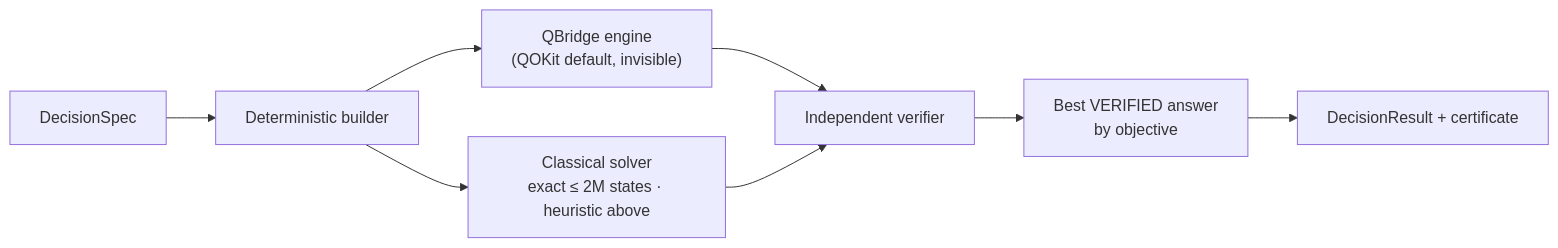
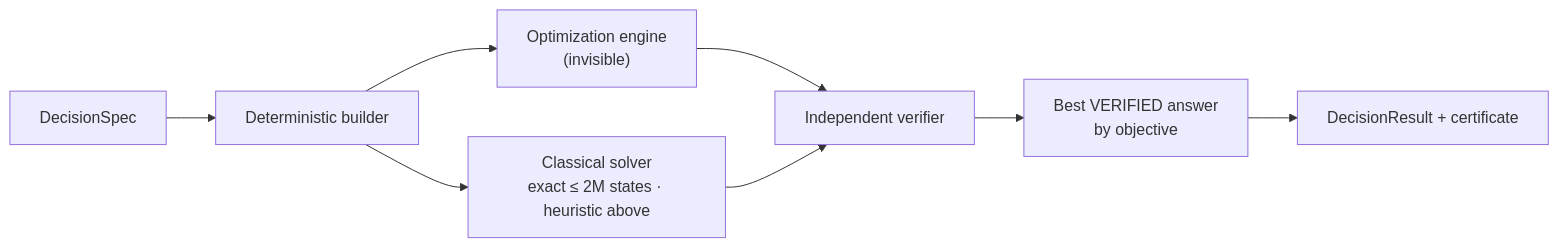
Before and after one commit to ProfessionalQwerty/OptiMCP: the second of 2 diagrams in README.md, drawn with Mermaid. The commit also changed other lines of this file and 1 other file, not shown here.

Commit message:
docs: add worked dual-engine example; scrub internal engine name from README

````diff
--- a/README.md
+++ b/README.md
@@ -321,10 +321,10 @@
 ```mermaid
 flowchart LR
   Spec[DecisionSpec] --> Build[Deterministic builder]
-  Build --> Engine["QBridge engine\n(QOKit default, invisible)"]
+  Build --> Engine["Optimization engine\n(invisible)"]
   Build --> Classical["Classical solver\nexact ≤ 2M states · heuristic above"]
   Engine --> V[Independent verifier]
   Classical --> V
   V --> Pick["Best VERIFIED answer\nby objective"]
   Pick --> Out[DecisionResult + certificate]
 ```
````
